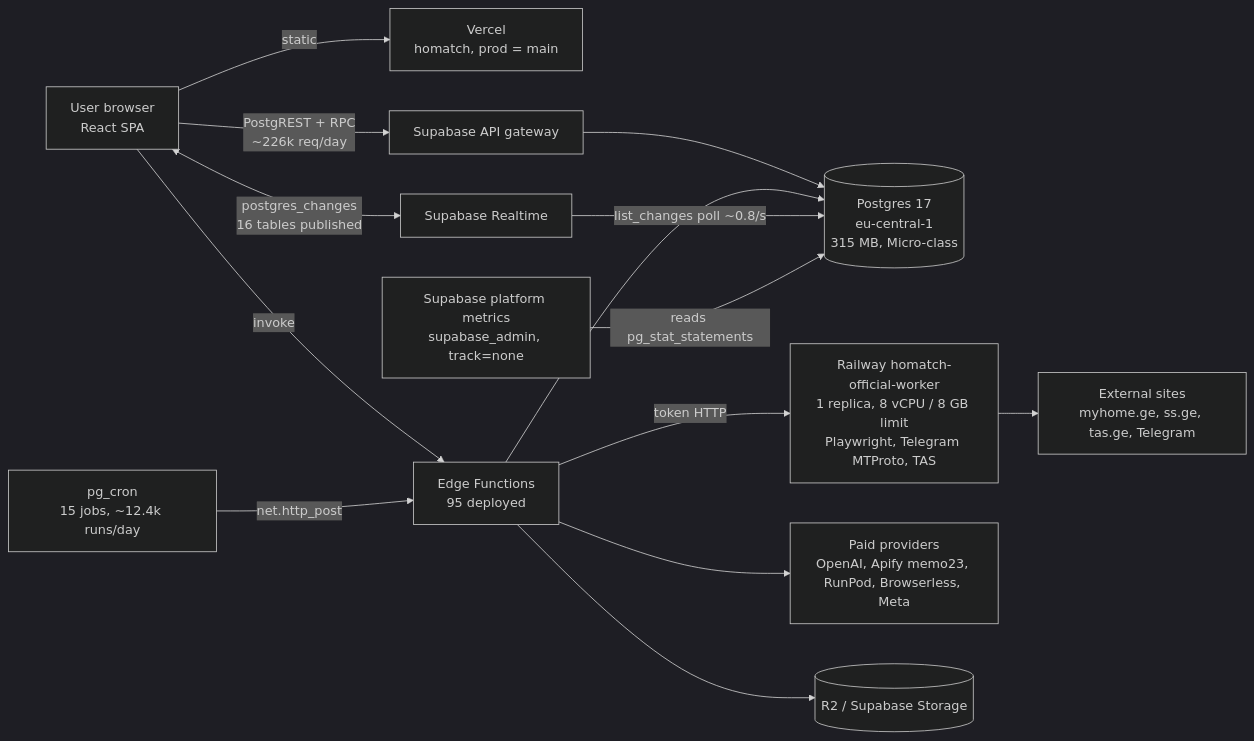
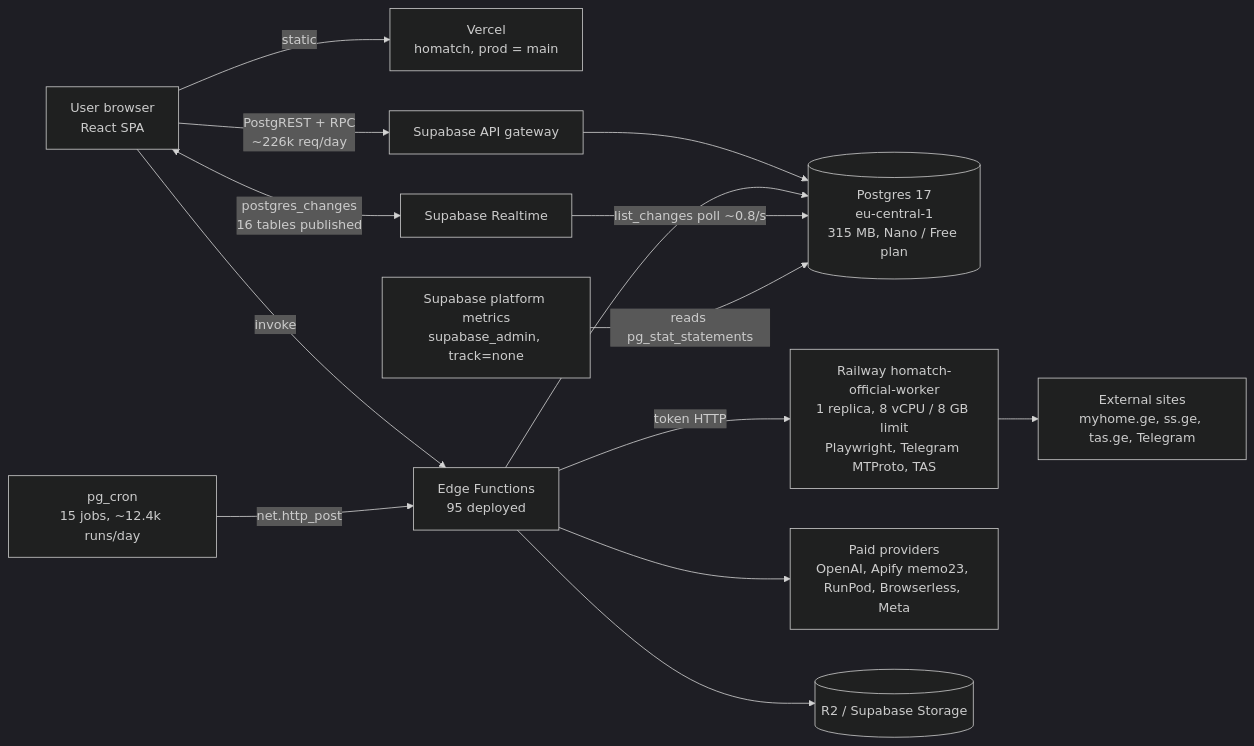
One commit to insportia/homatch changed the diagram in docs/infra/SCALABILITY_AUDIT.md. Above: the diagram before and after it, drawn with Mermaid (dark theme). The commit also changed other lines of this file and 1 other file, not shown here.

First line of the commit message:
Infra audit: correct compute tier (Free/Nano), ordered recovery plan, CI and compatibility notes

````diff
--- a/docs/infra/SCALABILITY_AUDIT.md
+++ b/docs/infra/SCALABILITY_AUDIT.md
@@ -56,16 +56,16 @@
 ```mermaid
 flowchart LR
   U[User browser<br/>React SPA] -->|static| V[Vercel<br/>homatch, prod = main]
   U -->|PostgREST + RPC<br/>~226k req/day| GW[Supabase API gateway]
   U -->|invoke| EF[Edge Functions<br/>95 deployed]
   U <-->|postgres_changes<br/>16 tables published| RT[Supabase Realtime]
-  GW --> DB[(Postgres 17<br/>eu-central-1<br/>315 MB, Micro-class)]
+  GW --> DB[(Postgres 17<br/>eu-central-1<br/>315 MB, Nano / Free plan)]
   EF --> DB
   RT -->|list_changes poll ~0.8/s| DB
   CRON[pg_cron<br/>15 jobs, ~12.4k runs/day] -->|net.http_post| EF
   EF -->|token HTTP| W[Railway homatch-official-worker<br/>1 replica, 8 vCPU / 8 GB limit<br/>Playwright, Telegram MTProto, TAS]
   EF --> P[Paid providers<br/>OpenAI, Apify memo23, RunPod, Browserless, Meta]
   W --> S[External sites<br/>myhome.ge, ss.ge, tas.ge, Telegram]
   EF --> R2[(R2 / Supabase Storage)]
   MON[Supabase platform metrics<br/>supabase_admin, track=none] -->|reads pg_stat_statements| DB
 ```
````
